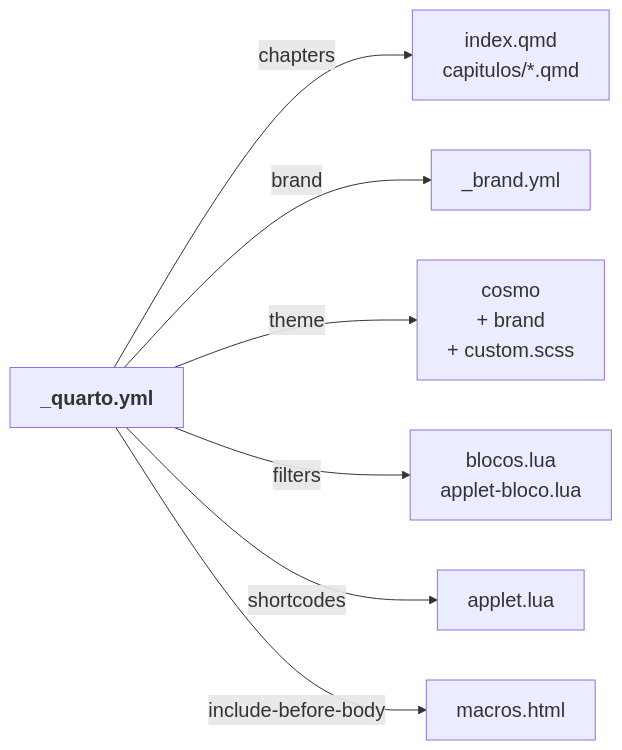
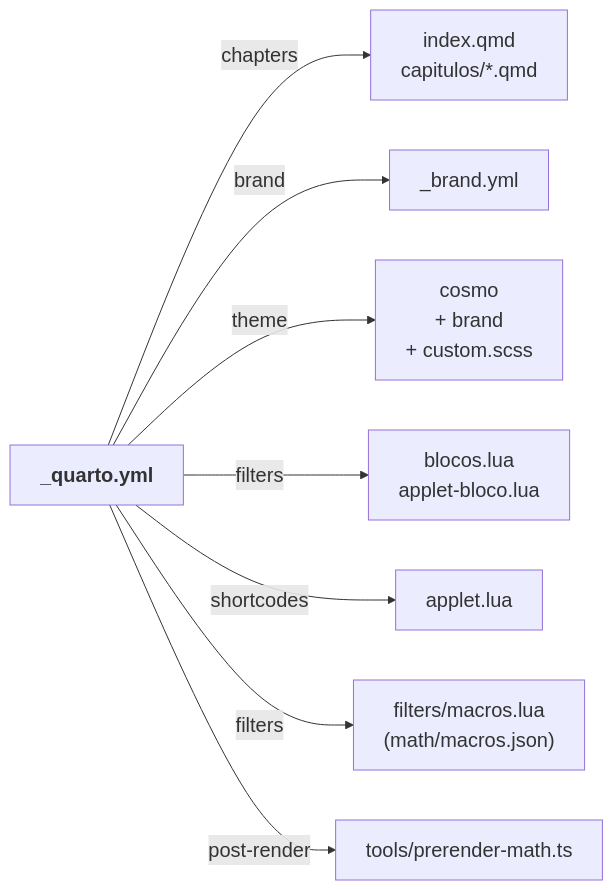
Before and after one commit to lcmerlo/livro-online-fcg: the second of 9 diagrams in _interno/diretrizes/arquitetura.md, drawn with Mermaid. The commit also changed other lines of this file and 7 other files, not shown here.

````diff
--- a/_interno/diretrizes/arquitetura.md
+++ b/_interno/diretrizes/arquitetura.md
@@ -257,11 +262,12 @@
 ```mermaid
 %%{init: {"themeVariables": {"fontSize": "20px"}, "flowchart": {"wrappingWidth": 420}}}%%
 flowchart LR
     quarto["<b>_quarto.yml</b>"]
     quarto -->|"chapters"| caps["index.qmd<br/>capitulos/*.qmd"]
     quarto -->|"brand"| brand["_brand.yml"]
     quarto -->|"theme"| tema["cosmo<br/>+ brand<br/>+ custom.scss"]
     quarto -->|"filters"| blocos["blocos.lua<br/>applet-bloco.lua"]
     quarto -->|"shortcodes"| appletlua["applet.lua"]
-    quarto -->|"include-before-body"| macros["macros.html"]
+    quarto -->|"filters"| macros["filters/macros.lua<br/>(math/macros.json)"]
+    quarto -->|"post-render"| pre["tools/prerender-math.ts"]
 ```
````
